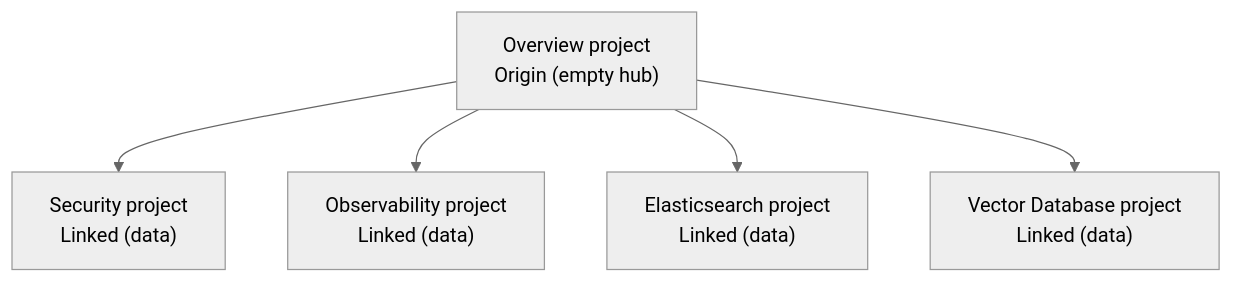
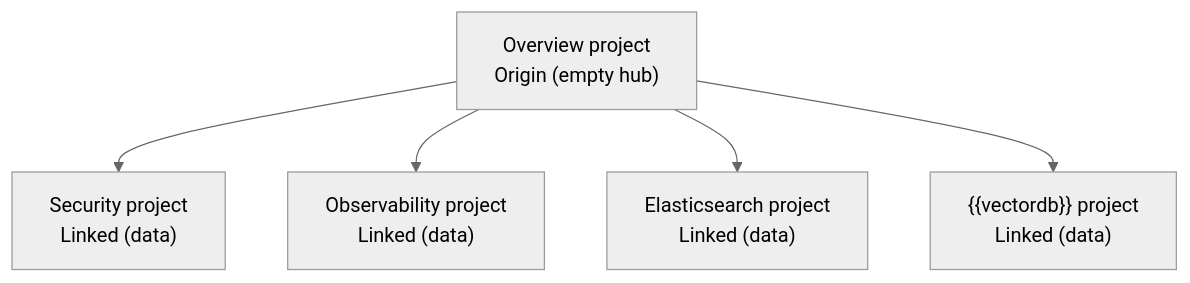
Before and after one commit to elastic/docs-content: the diagram in deploy-manage/cross-project-search-config.md, drawn with Mermaid (neutral theme). The commit also changed other lines of this file and 13 other files, not shown here.

````diff
--- a/deploy-manage/cross-project-search-config.md
+++ b/deploy-manage/cross-project-search-config.md
@@ -78,8 +78,8 @@
 ```mermaid
 flowchart TB
     O["Overview project<br/>Origin (empty hub)"]
     O --> S["Security project<br/>Linked (data)"]
     O --> Obs["Observability project<br/>Linked (data)"]
     O --> E["Elasticsearch project<br/>Linked (data)"]
-    O --> V["Vector Database project<br/>Linked (data)"]
+    O --> V["{{vectordb}} project<br/>Linked (data)"]
 ```
````
